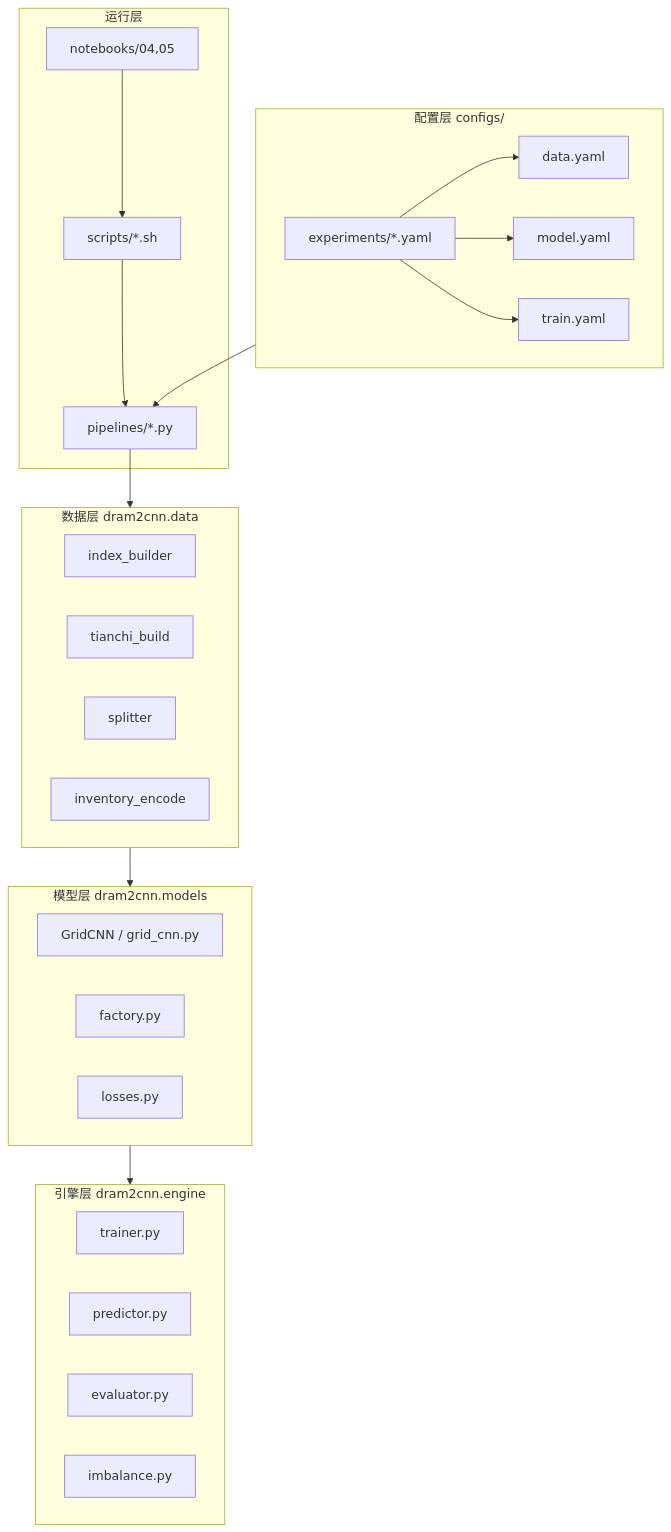
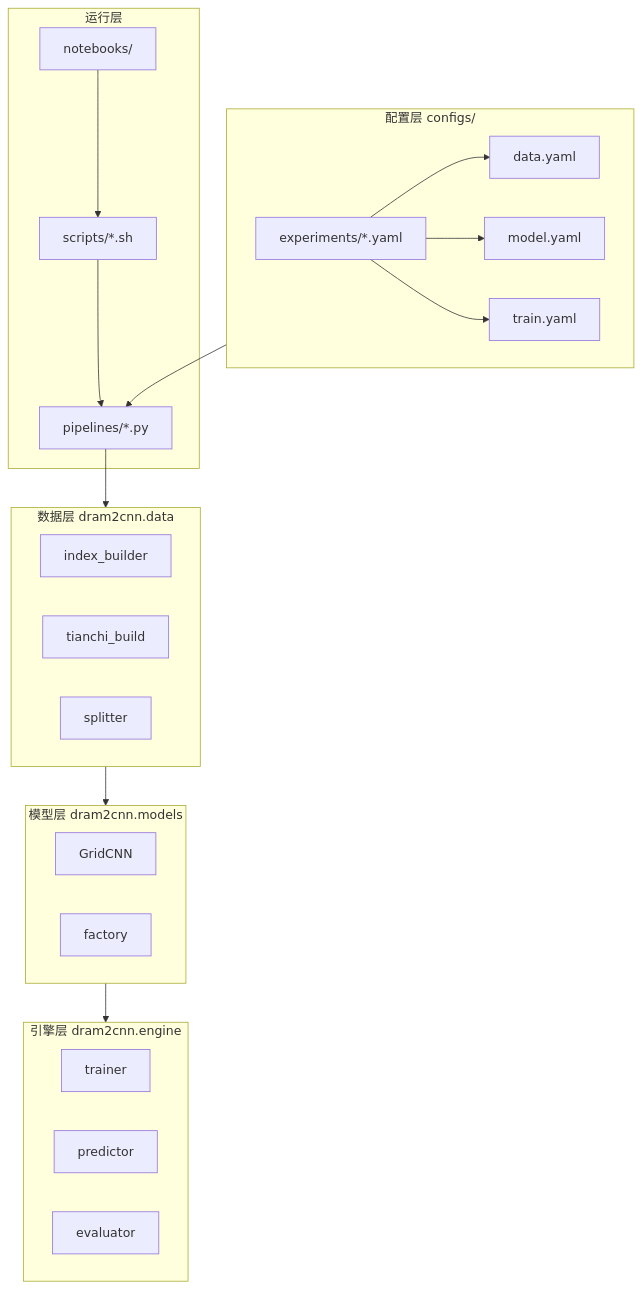
The first of 2 diagrams in reports/基于CNN的内存故障预测算法设计报告.md (amunlau/dram_cnn), drawn with Mermaid before and after one commit. The commit also changed other lines of this file and 107 other files, not shown here.

````diff
--- a/reports/基于CNN的内存故障预测算法设计报告.md
+++ b/reports/基于CNN的内存故障预测算法设计报告.md
@@ -198,41 +162,33 @@
 ```mermaid
 flowchart TB
   subgraph CFG["配置层 configs/"]
     D["data.yaml"]
     M["model.yaml"]
     TR["train.yaml"]
     EX["experiments/*.yaml"]
   end
-
   subgraph DATA["数据层 dram2cnn.data"]
     IB["index_builder"]
     TB["tianchi_build"]
     SP["splitter"]
-    IE["inventory_encode"]
   end
-
   subgraph MODEL["模型层 dram2cnn.models"]
-    GC["GridCNN / grid_cnn.py"]
-    FAC["factory.py"]
-    LS["losses.py"]
+    GC["GridCNN"]
+    FAC["factory"]
   end
-
   subgraph ENG["引擎层 dram2cnn.engine"]
-    TRN["trainer.py"]
-    PRD["predictor.py"]
-    EVL["evaluator.py"]
-    IMB["imbalance.py"]
+    TRN["trainer"]
+    PRD["predictor"]
+    EVL["evaluator"]
   end
-
   subgraph RUN["运行层"]
     SH["scripts/*.sh"]
     PL["pipelines/*.py"]
-    NB["notebooks/04,05"]
+    NB["notebooks/"]
   end
-
   EX --> D & M & TR
   SH --> PL
   PL --> DATA --> MODEL --> ENG
   NB --> SH
   CFG --> PL
 ```
````
